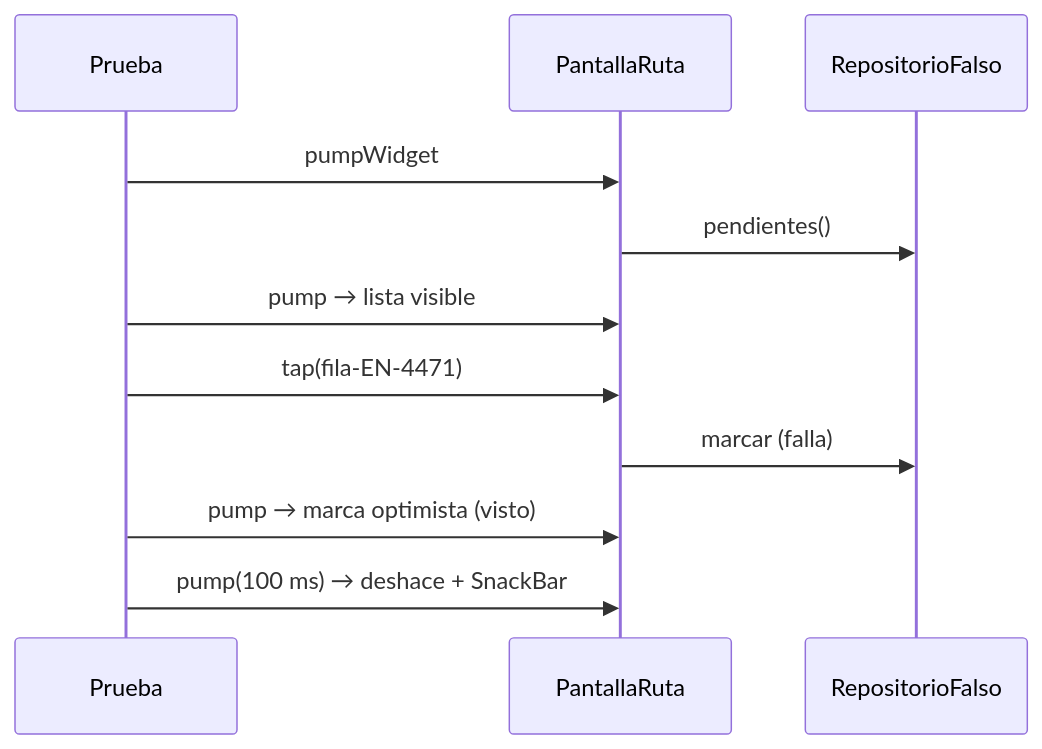
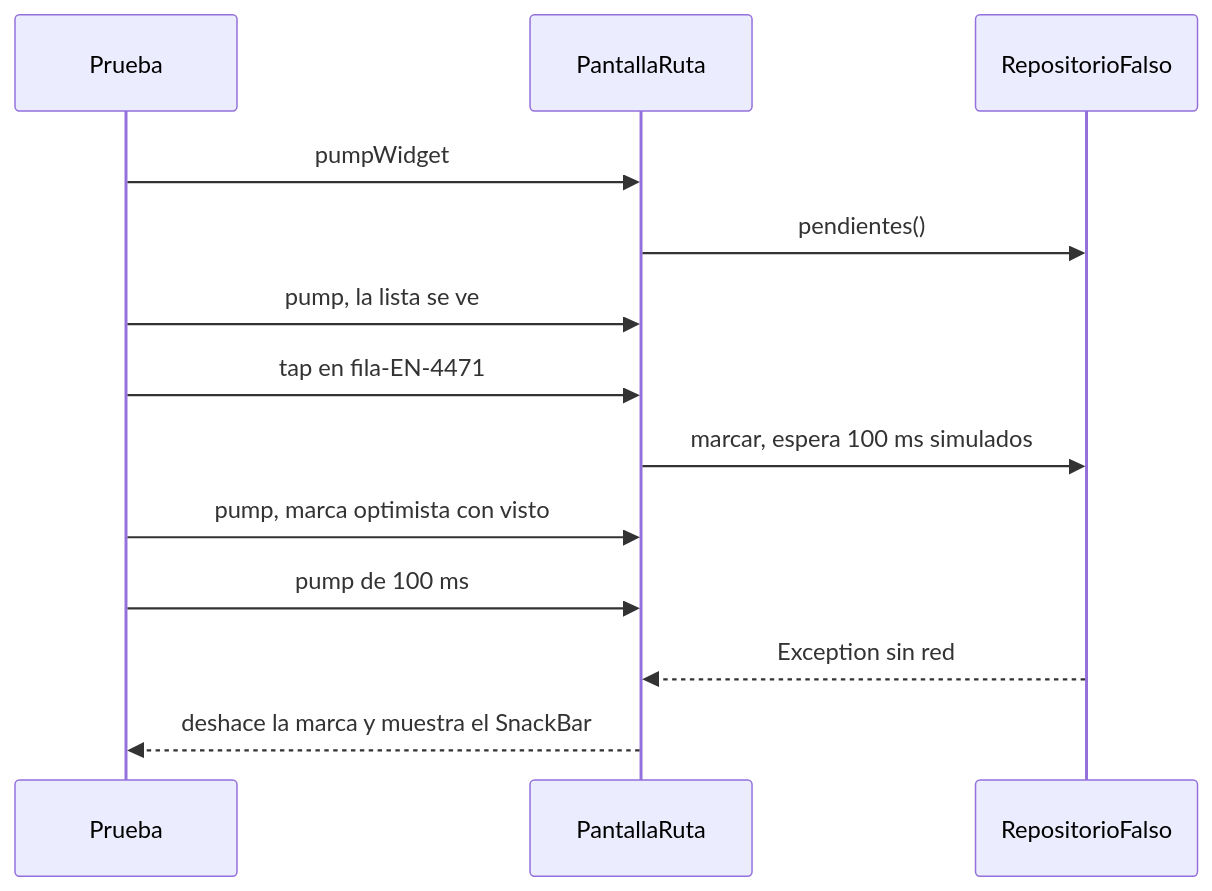
The second of 5 diagrams in web/public/content/flutter/modulo-9.md (NICORUIZ93/The_Imperial_Book), drawn with Mermaid before and after one commit. The commit also changed other lines of this file and 65 other files, not shown here.

````diff
--- a/web/public/content/flutter/modulo-9.md
+++ b/web/public/content/flutter/modulo-9.md
@@ -545,13 +683,15 @@
 ```mermaid
 sequenceDiagram
     participant T as Prueba
     participant P as PantallaRuta
     participant F as RepositorioFalso
     T->>P: pumpWidget
     P->>F: pendientes()
-    T->>P: pump → lista visible
-    T->>P: tap(fila-EN-4471)
-    P->>F: marcar (falla)
-    T->>P: pump → marca optimista (visto)
-    T->>P: pump(100 ms) → deshace + SnackBar
+    T->>P: pump, la lista se ve
+    T->>P: tap en fila-EN-4471
+    P->>F: marcar, espera 100 ms simulados
+    T->>P: pump, marca optimista con visto
+    T->>P: pump de 100 ms
+    F-->>P: Exception sin red
+    P-->>T: deshace la marca y muestra el SnackBar
 ```
````
